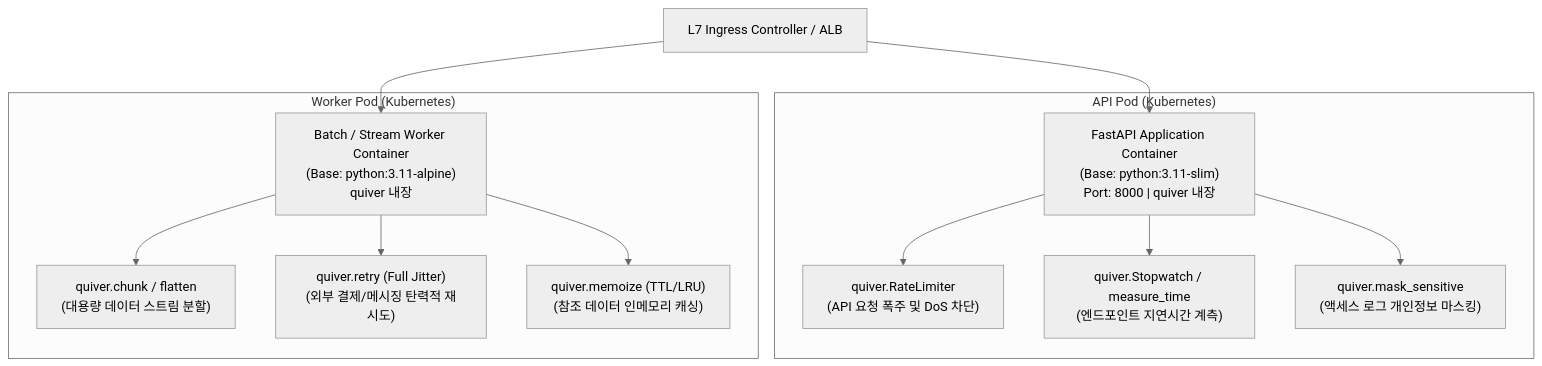
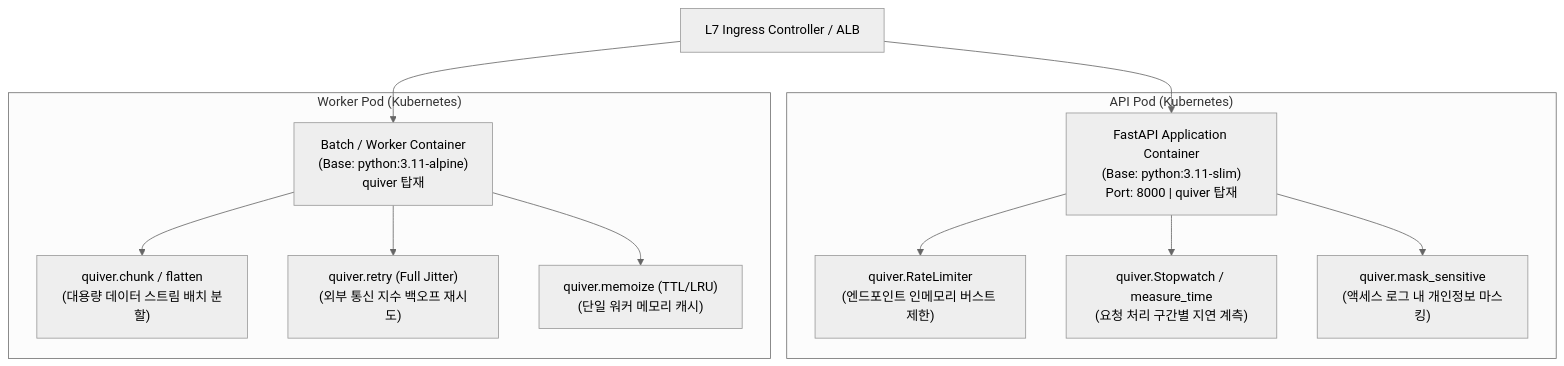
Before and after one commit to ozplayground/python-package: the second of 2 diagrams in docs/quiver/devops-engineer/01_DEPLOYMENT_SPEC.md, drawn with Mermaid (neutral theme). The commit also changed other lines of this file and 53 other files, not shown here.

````diff
--- a/docs/quiver/devops-engineer/01_DEPLOYMENT_SPEC.md
+++ b/docs/quiver/devops-engineer/01_DEPLOYMENT_SPEC.md
@@ -394,17 +402,17 @@
 ```mermaid
 flowchart TB
-    Ingress["L7 Ingress Controller / ALB"] --> API["FastAPI Application Container<br/>(Base: python:3.11-slim)<br/>Port: 8000 | quiver 내장"]
-    Ingress --> Worker["Batch / Stream Worker Container<br/>(Base: python:3.11-alpine)<br/>quiver 내장"]
+    Ingress["L7 Ingress Controller / ALB"] --> API["FastAPI Application Container<br/>(Base: python:3.11-slim)<br/>Port: 8000 | quiver 탑재"]
+    Ingress --> Worker["Batch / Worker Container<br/>(Base: python:3.11-alpine)<br/>quiver 탑재"]
 
     subgraph Pod_API["API Pod (Kubernetes)"]
-        API --> RL["quiver.RateLimiter<br/>(API 요청 폭주 및 DoS 차단)"]
-        API --> SW["quiver.Stopwatch / measure_time<br/>(엔드포인트 지연시간 계측)"]
-        API --> MS["quiver.mask_sensitive<br/>(액세스 로그 개인정보 마스킹)"]
+        API --> RL["quiver.RateLimiter<br/>(엔드포인트 인메모리 버스트 제한)"]
+        API --> SW["quiver.Stopwatch / measure_time<br/>(요청 처리 구간별 지연 계측)"]
+        API --> MS["quiver.mask_sensitive<br/>(액세스 로그 내 개인정보 마스킹)"]
     end
 
     subgraph Pod_Worker["Worker Pod (Kubernetes)"]
-        Worker --> CK["quiver.chunk / flatten<br/>(대용량 데이터 스트림 분할)"]
-        Worker --> RT["quiver.retry (Full Jitter)<br/>(외부 결제/메시징 탄력적 재시도)"]
-        Worker --> MM["quiver.memoize (TTL/LRU)<br/>(참조 데이터 인메모리 캐싱)"]
+        Worker --> CK["quiver.chunk / flatten<br/>(대용량 데이터 스트림 배치 분할)"]
+        Worker --> RT["quiver.retry (Full Jitter)<br/>(외부 통신 지수 백오프 재시도)"]
+        Worker --> MM["quiver.memoize (TTL/LRU)<br/>(단일 워커 메모리 캐시)"]
     end
 ```
````
